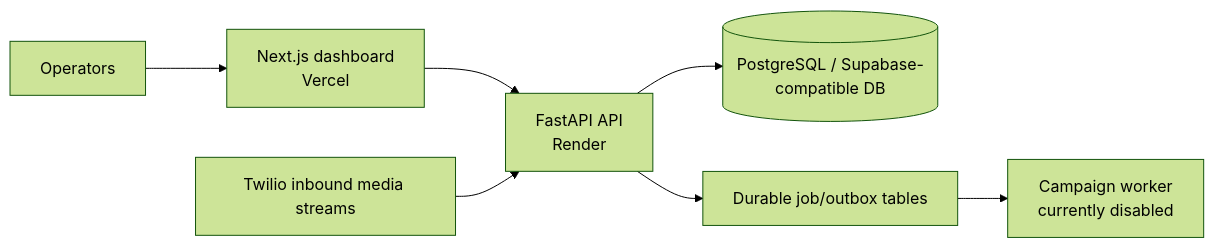
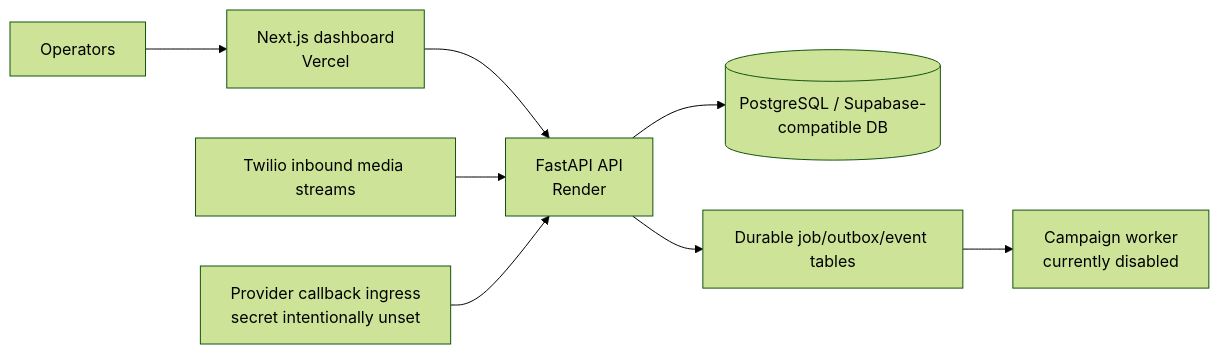
Before and after one commit to jeevesh2515/voxflow-voice-agent: the diagram in SETUP.md, drawn with Mermaid (forest theme). The commit also changed other lines of this file and 20 other files, not shown here.

Commit message:
feat: add signed provider callback lifecycle

````diff
--- a/SETUP.md
+++ b/SETUP.md
@@ -9,9 +9,11 @@
 ```mermaid
 flowchart LR
     U[Operators] --> W[Next.js dashboard\nVercel]
     W --> A[FastAPI API\nRender]
     T[Twilio inbound media streams] --> A
     A --> P[(PostgreSQL / Supabase-compatible DB)]
-    A --> J[Durable job/outbox tables]
+    A --> J[Durable job/outbox/event tables]
     J --> CW[Campaign worker\ncurrently disabled]
+    PC[Provider callback ingress\nsecret intentionally unset] --> A
+
 ```
````
